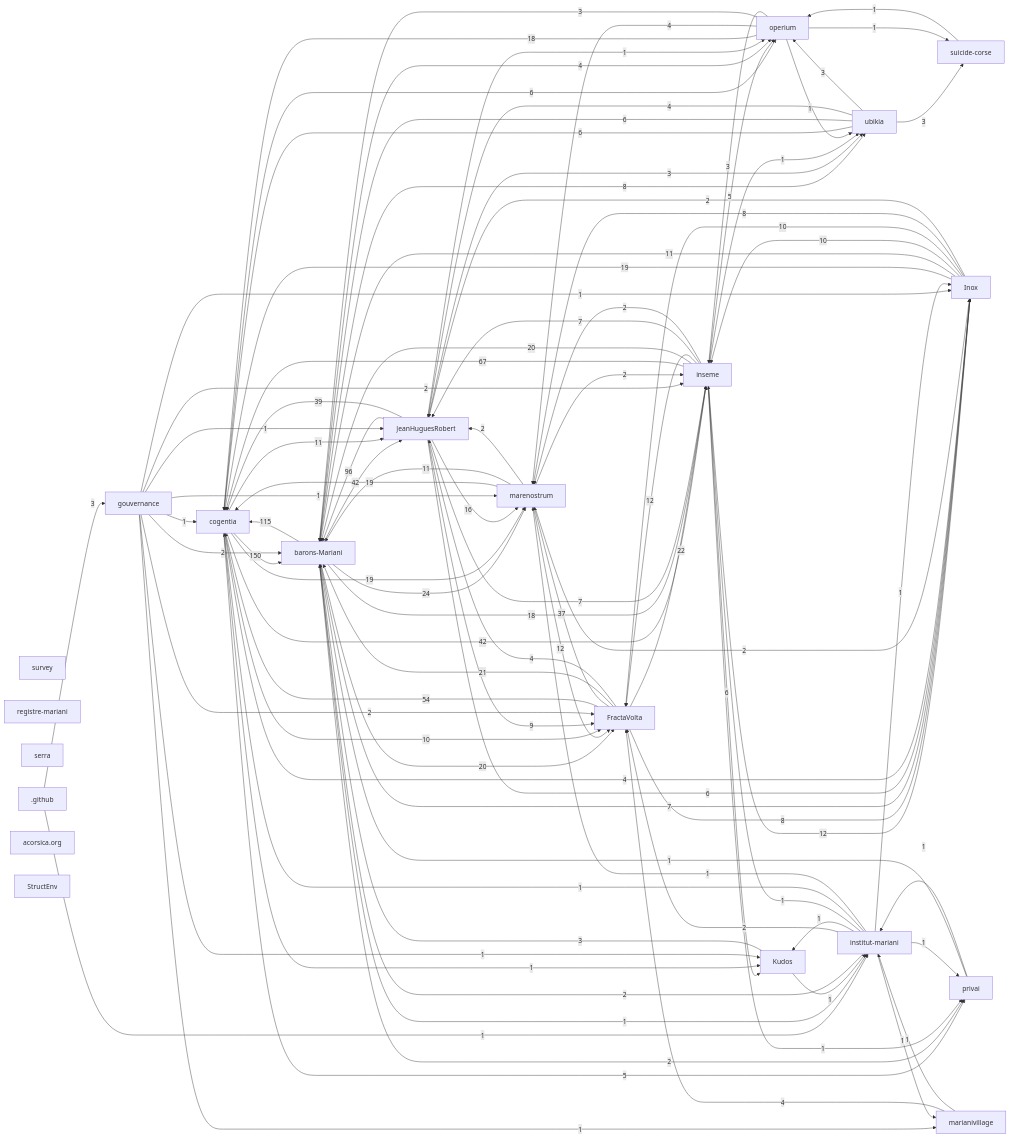
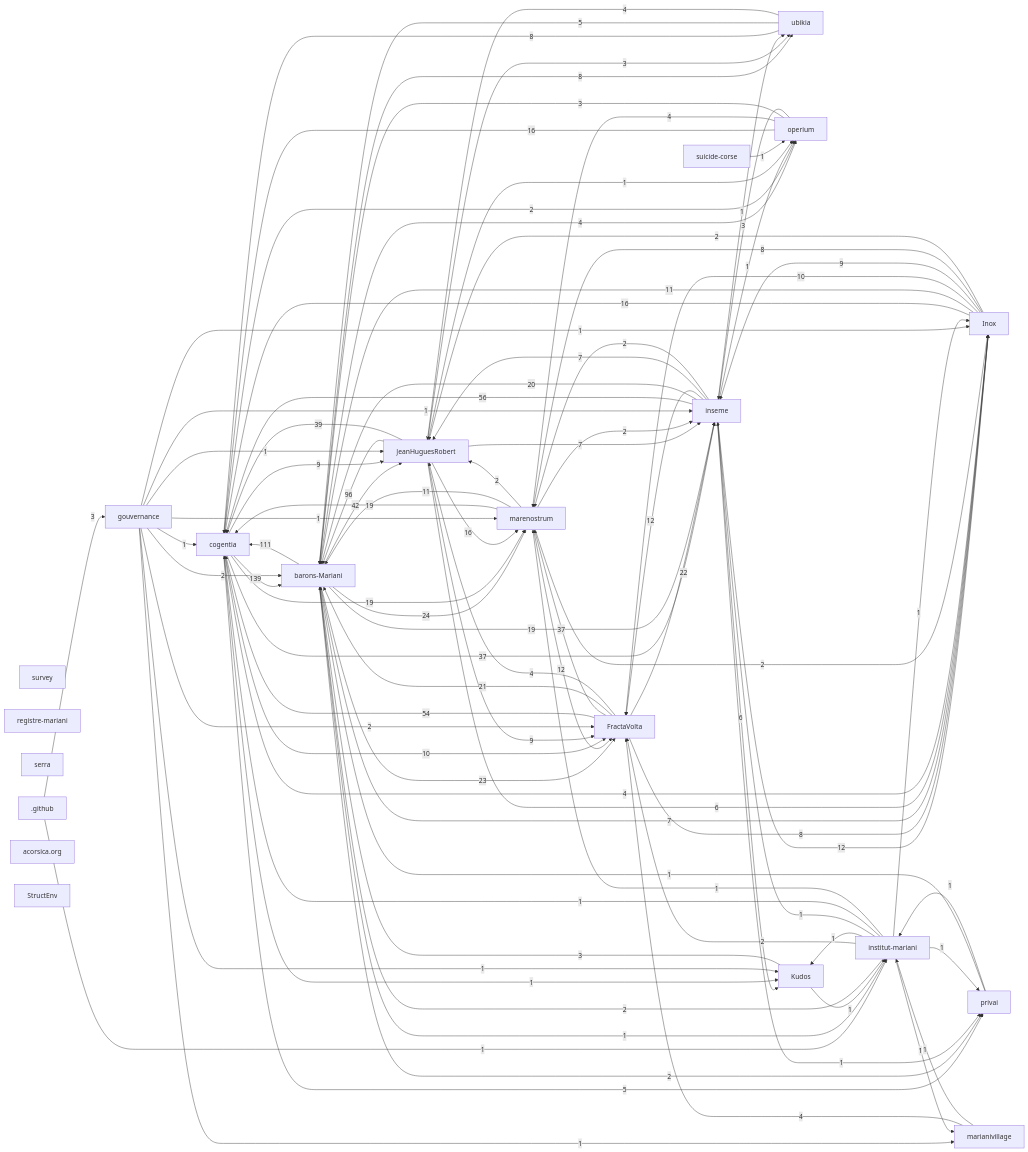
Before and after one commit to JeanHuguesRobert/FractaVolta: the first of 2 diagrams in research/corpus-status.md, drawn with Mermaid. The commit also changed 1 other file, not shown here.

Commit message:
Refresh corpus status and backlinks

```diff
--- a/research/corpus-status.md
+++ b/research/corpus-status.md
@@ -77,49 +77,47 @@
   r_github[".github"]
   r_acorsica_org["acorsica.org"]
   r_structenv["StructEnv"]
-  r_cogentia -->|150| r_barons_mariani
-  r_barons_mariani -->|115| r_cogentia
+  r_cogentia -->|139| r_barons_mariani
+  r_barons_mariani -->|111| r_cogentia
   r_jeanhuguesrobert -->|96| r_barons_mariani
-  r_inseme -->|67| r_cogentia
+  r_inseme -->|56| r_cogentia
   r_fractavolta -->|54| r_cogentia
   r_barons_mariani -->|42| r_jeanhuguesrobert
-  r_cogentia -->|42| r_inseme
   r_jeanhuguesrobert -->|39| r_cogentia
+  r_cogentia -->|37| r_inseme
   r_fractavolta -->|37| r_marenostrum
   r_barons_mariani -->|24| r_marenostrum
+  r_barons_mariani -->|23| r_fractavolta
   r_fractavolta -->|22| r_inseme
   r_fractavolta -->|21| r_barons_mariani
-  r_barons_mariani -->|20| r_fractavolta
   r_inseme -->|20| r_barons_mariani
+  r_barons_mariani -->|19| r_inseme
   r_cogentia -->|19| r_marenostrum
-  r_inox -->|19| r_cogentia
   r_marenostrum -->|19| r_cogentia
-  r_barons_mariani -->|18| r_inseme
-  r_operium -->|18| r_cogentia
+  r_inox -->|16| r_cogentia
   r_jeanhuguesrobert -->|16| r_marenostrum
+  r_operium -->|16| r_cogentia
   r_inseme -->|12| r_fractavolta
   r_inseme -->|12| r_inox
   r_marenostrum -->|12| r_fractavolta
-  r_cogentia -->|11| r_jeanhuguesrobert
   r_inox -->|11| r_barons_mariani
   r_marenostrum -->|11| r_barons_mariani
   r_cogentia -->|10| r_fractavolta
-  r_inox -->|10| r_inseme
   r_inox -->|10| r_fractavolta
+  r_cogentia -->|9| r_jeanhuguesrobert
+  r_inox -->|9| r_inseme
   r_jeanhuguesrobert -->|9| r_fractavolta
   r_barons_mariani -->|8| r_ubikia
   r_fractavolta -->|8| r_inox
   r_inox -->|8| r_marenostrum
+  r_ubikia -->|8| r_cogentia
   r_barons_mariani -->|7| r_inox
   r_inseme -->|7| r_jeanhuguesrobert
   r_jeanhuguesrobert -->|7| r_inseme
-  r_cogentia -->|6| r_operium
   r_inseme -->|6| r_kudos
   r_jeanhuguesrobert -->|6| r_inox
-  r_ubikia -->|6| r_cogentia
-  r_ubikia -->|6| r_barons_mariani
   r_cogentia -->|5| r_privai
-  r_inseme -->|5| r_operium
+  r_ubikia -->|5| r_barons_mariani
   r_barons_mariani -->|4| r_operium
   r_cogentia -->|4| r_inox
   r_fractavolta -->|4| r_jeanhuguesrobert
@@ -131,10 +129,8 @@
   r_kudos -->|3| r_barons_mariani
   r_operium -->|3| r_barons_mariani
   r_operium -->|3| r_inseme
-  r_ubikia -->|3| r_suicide_corse
-  r_ubikia -->|3| r_operium
   r_barons_mariani -->|2| r_privai
-  r_gouvernance -->|2| r_inseme
+  r_cogentia -->|2| r_operium
   r_gouvernance -->|2| r_barons_mariani
   r_gouvernance -->|2| r_fractavolta
   r_inox -->|2| r_jeanhuguesrobert
@@ -149,10 +145,12 @@
   r_cogentia -->|1| r_kudos
   r_gouvernance -->|1| r_jeanhuguesrobert
   r_gouvernance -->|1| r_cogentia
+  r_gouvernance -->|1| r_inseme
   r_gouvernance -->|1| r_marenostrum
   r_gouvernance -->|1| r_inox
   r_gouvernance -->|1| r_kudos
   r_gouvernance -->|1| r_marianivillage
+  r_inseme -->|1| r_operium
   r_inseme -->|1| r_privai
   r_inseme -->|1| r_ubikia
   r_institut_mariani -->|1| r_privai
@@ -165,8 +163,6 @@
   r_jeanhuguesrobert -->|1| r_operium
   r_kudos -->|1| r_institut_mariani
   r_marianivillage -->|1| r_institut_mariani
-  r_operium -->|1| r_ubikia
-  r_operium -->|1| r_suicide_corse
   r_privai -->|1| r_barons_mariani
   r_privai -->|1| r_institut_mariani
   r_suicide_corse -->|1| r_operium
```
